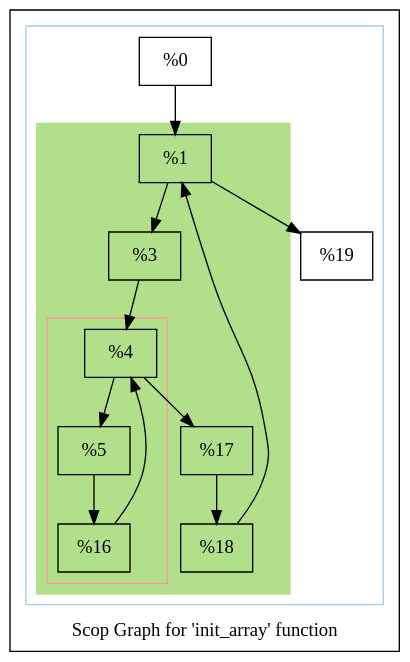
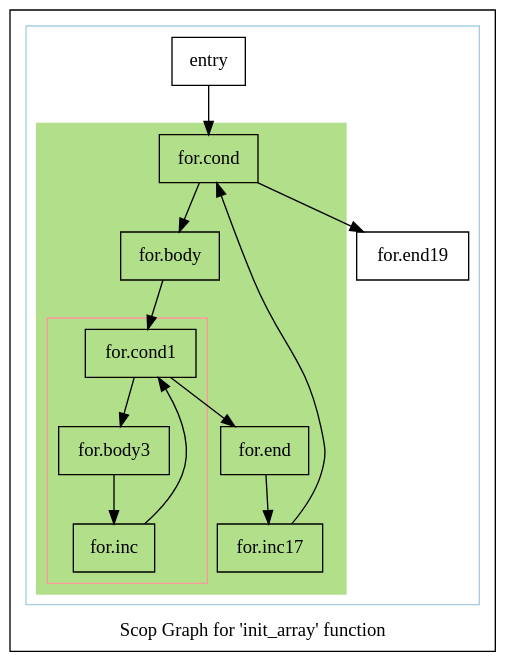
Before and after one commit to intel/quantum-intrinsics: the diagram in polly/www/experiments/matmul/scopsonly.init_array.dot, drawn with Graphviz. The commit also changed 36 other files, not shown here.

```diff
--- a/polly/www/experiments/matmul/scopsonly.init_array.dot
+++ b/polly/www/experiments/matmul/scopsonly.init_array.dot
@@ -1,47 +1,47 @@
 digraph "Scop Graph for 'init_array' function" {
 	label="Scop Graph for 'init_array' function";
 
-	Node0x24dfca0 [shape=record,label="{%0}"];
-	Node0x24dfca0 -> Node0x24dfdf0;
-	Node0x24dfdf0 [shape=record,label="{%1}"];
-	Node0x24dfdf0 -> Node0x24dee50;
-	Node0x24dfdf0 -> Node0x24def50;
-	Node0x24dee50 [shape=record,label="{%3}"];
-	Node0x24dee50 -> Node0x24deec0;
-	Node0x24deec0 [shape=record,label="{%4}"];
-	Node0x24deec0 -> Node0x24dfdc0;
-	Node0x24deec0 -> Node0x24df0c0;
-	Node0x24dfdc0 [shape=record,label="{%5}"];
-	Node0x24dfdc0 -> Node0x24defb0;
-	Node0x24defb0 [shape=record,label="{%16}"];
-	Node0x24defb0 -> Node0x24deec0[constraint=false];
-	Node0x24df0c0 [shape=record,label="{%17}"];
-	Node0x24df0c0 -> Node0x24deee0;
-	Node0x24deee0 [shape=record,label="{%18}"];
-	Node0x24deee0 -> Node0x24dfdf0[constraint=false];
-	Node0x24def50 [shape=record,label="{%19}"];
+	Node0x17d4370 [shape=record,label="{entry}"];
+	Node0x17d4370 -> Node0x17d9de0;
+	Node0x17d9de0 [shape=record,label="{for.cond}"];
+	Node0x17d9de0 -> Node0x17d9e40;
+	Node0x17d9de0 -> Node0x17d9ea0;
+	Node0x17d9e40 [shape=record,label="{for.body}"];
+	Node0x17d9e40 -> Node0x17d9f90;
+	Node0x17d9f90 [shape=record,label="{for.cond1}"];
+	Node0x17d9f90 -> Node0x17d9ff0;
+	Node0x17d9f90 -> Node0x17da050;
+	Node0x17d9ff0 [shape=record,label="{for.body3}"];
+	Node0x17d9ff0 -> Node0x17d9f00;
+	Node0x17d9f00 [shape=record,label="{for.inc}"];
+	Node0x17d9f00 -> Node0x17d9f90[constraint=false];
+	Node0x17da050 [shape=record,label="{for.end}"];
+	Node0x17da050 -> Node0x17da200;
+	Node0x17da200 [shape=record,label="{for.inc17}"];
+	Node0x17da200 -> Node0x17d9de0[constraint=false];
+	Node0x17d9ea0 [shape=record,label="{for.end19}"];
 	colorscheme = "paired12"
-        subgraph cluster_0x24db4c0 {
+        subgraph cluster_0x17d3a30 {
           label = "";
           style = solid;
           color = 1
-          subgraph cluster_0x24dc4e0 {
+          subgraph cluster_0x17d4ec0 {
             label = "";
             style = filled;
-            color = 3            subgraph cluster_0x24db780 {
+            color = 3            subgraph cluster_0x17d4180 {
               label = "";
               style = solid;
               color = 5
-              Node0x24deec0;
-              Node0x24dfdc0;
-              Node0x24defb0;
+              Node0x17d9f90;
+              Node0x17d9ff0;
+              Node0x17d9f00;
             }
-            Node0x24dfdf0;
-            Node0x24dee50;
-            Node0x24df0c0;
-            Node0x24deee0;
+            Node0x17d9de0;
+            Node0x17d9e40;
+            Node0x17da050;
+            Node0x17da200;
           }
-          Node0x24dfca0;
-          Node0x24def50;
+          Node0x17d4370;
+          Node0x17d9ea0;
         }
 }
```
